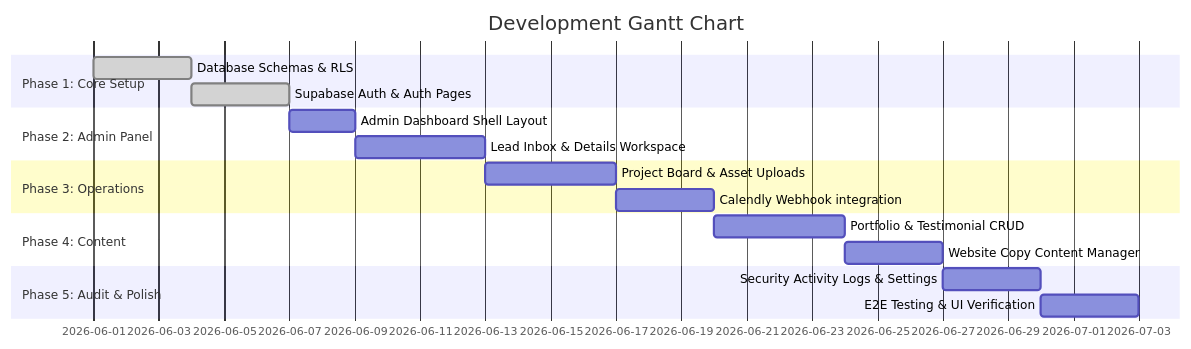
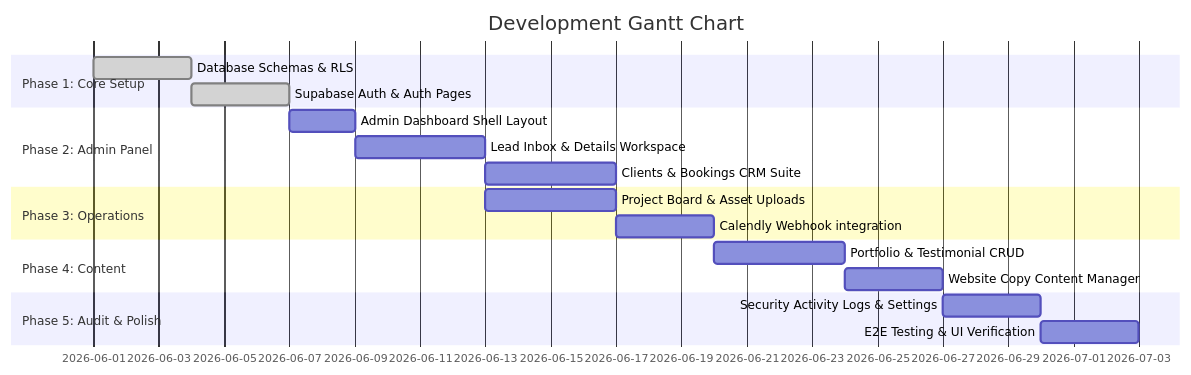
The fourth of 4 diagrams in Implementation/backend_implementation_plan.md (echelonsystemsgd-deep/v0-gs-legacy-wealth-app), drawn with Mermaid before and after one commit. The commit also changed other lines of this file and 5 other files, not shown here.

Commit message:
feat: implement admin dashboard with real-time metrics, sidebar navigation, and supporting database schema

````diff
--- a/Implementation/backend_implementation_plan.md
+++ b/Implementation/backend_implementation_plan.md
@@ -652,20 +652,21 @@
 ```mermaid
 gantt
     title Development Gantt Chart
     dateFormat  YYYY-MM-DD
     section Phase 1: Core Setup
     Database Schemas & RLS           :done, p1, 2026-06-01, 3d
     Supabase Auth & Auth Pages       :done, p2, after p1, 3d
     section Phase 2: Admin Panel
     Admin Dashboard Shell Layout     :p3, after p2, 2d
     Lead Inbox & Details Workspace   :p4, after p3, 4d
+    Clients & Bookings CRM Suite     :p4b, after p4, 4d
     section Phase 3: Operations
     Project Board & Asset Uploads    :p5, after p4, 4d
     Calendly Webhook integration     :p6, after p5, 3d
     section Phase 4: Content
     Portfolio & Testimonial CRUD    :p7, after p6, 4d
     Website Copy Content Manager     :p8, after p7, 3d
     section Phase 5: Audit & Polish
     Security Activity Logs & Settings:p9, after p8, 3d
     E2E Testing & UI Verification    :p10, after p9, 3d
 ```
````
